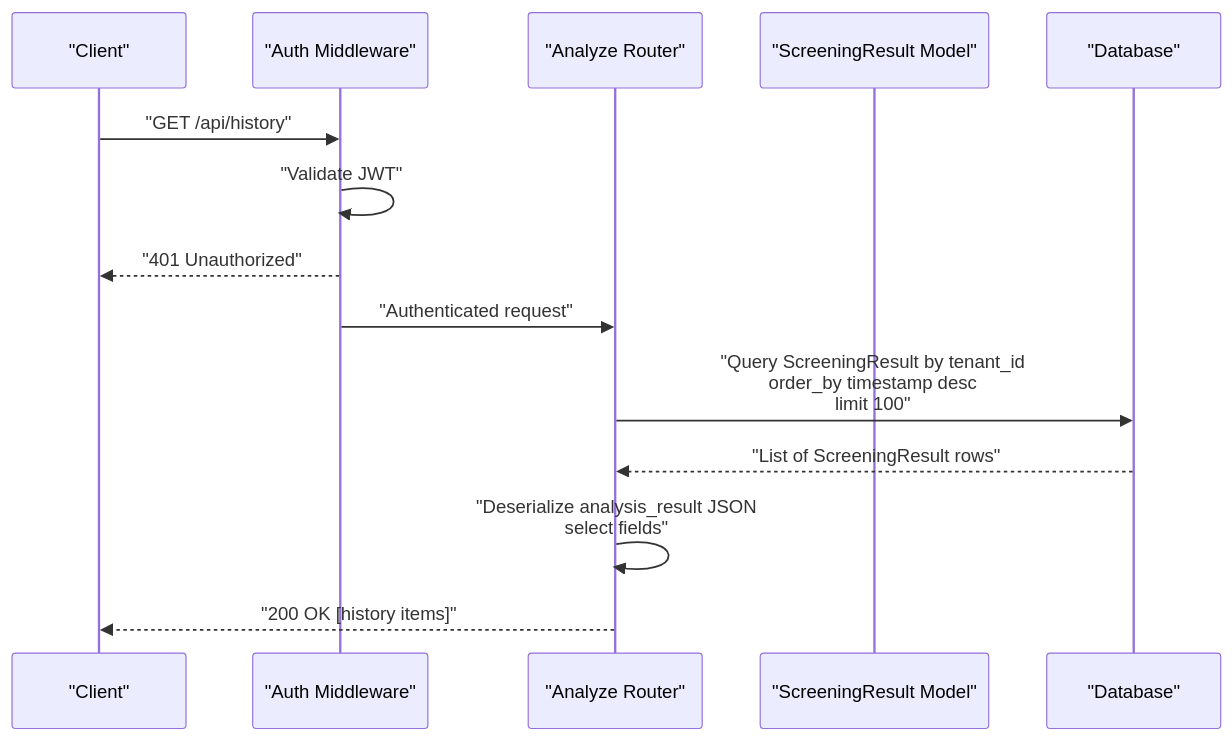
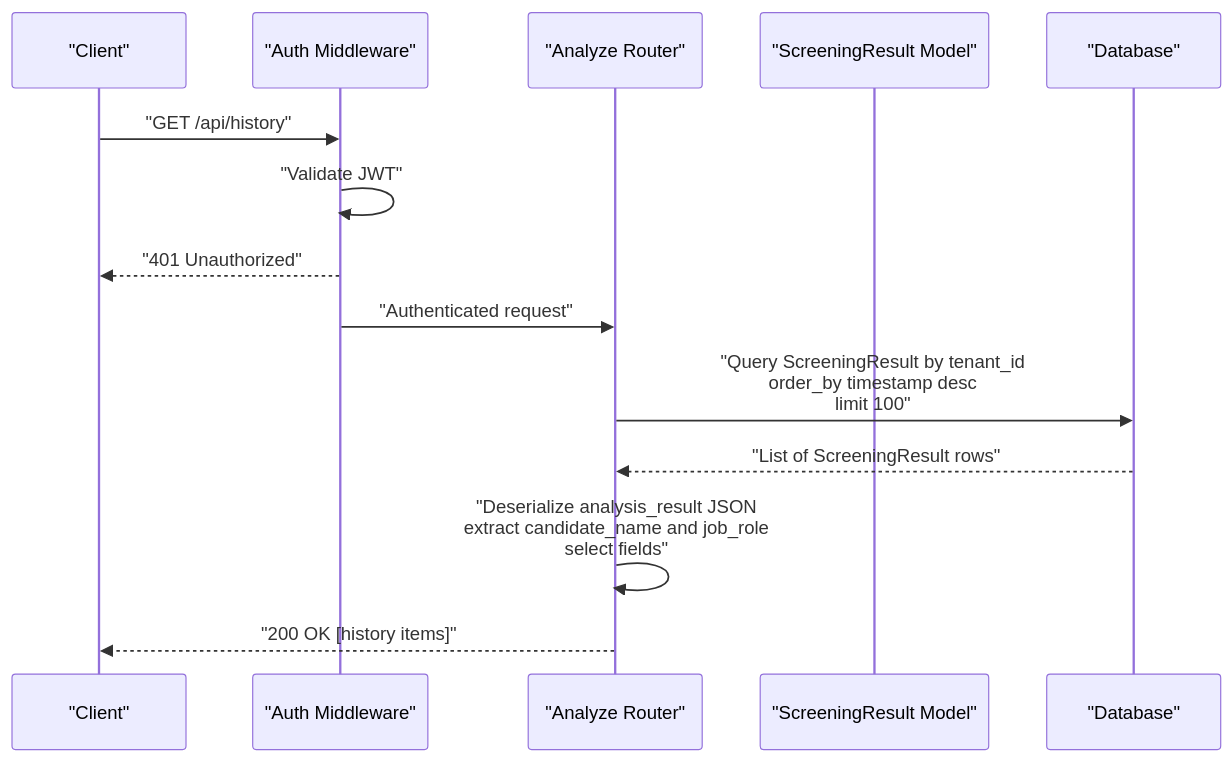
One commit to Revanththetalogics/aireume changed the second of 5 diagrams in .qoder/repowiki/en/content/API Reference/Analysis Endpoints/Analysis History.md. Above: the diagram before and after it, drawn with Mermaid. The commit also changed other lines of this file and 7 other files, not shown here.

````diff
--- a/.qoder/repowiki/en/content/API Reference/Analysis Endpoints/Analysis History.md
+++ b/.qoder/repowiki/en/content/API Reference/Analysis Endpoints/Analysis History.md
@@ -68,16 +79,16 @@
 ```mermaid
 sequenceDiagram
 participant C as "Client"
 participant A as "Auth Middleware"
 participant R as "Analyze Router"
 participant S as "ScreeningResult Model"
 participant D as "Database"
 C->>A : "GET /api/history"
 A->>A : "Validate JWT"
 A-->>C : "401 Unauthorized"
 A->>R : "Authenticated request"
 R->>D : "Query ScreeningResult by tenant_id<br/>order_by timestamp desc<br/>limit 100"
 D-->>R : "List of ScreeningResult rows"
-R->>R : "Deserialize analysis_result JSON<br/>select fields"
+R->>R : "Deserialize analysis_result JSON<br/>extract candidate_name and job_role<br/>select fields"
 R-->>C : "200 OK [history items]"
 ```
````
